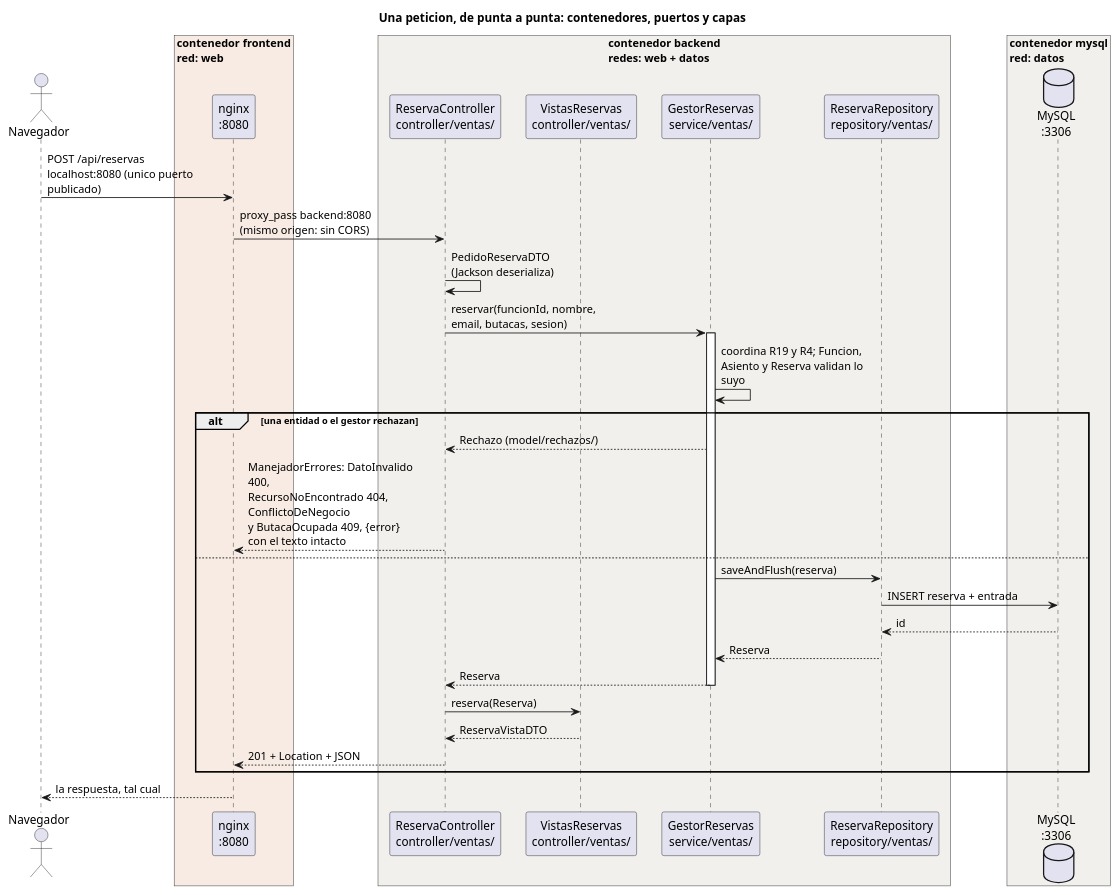
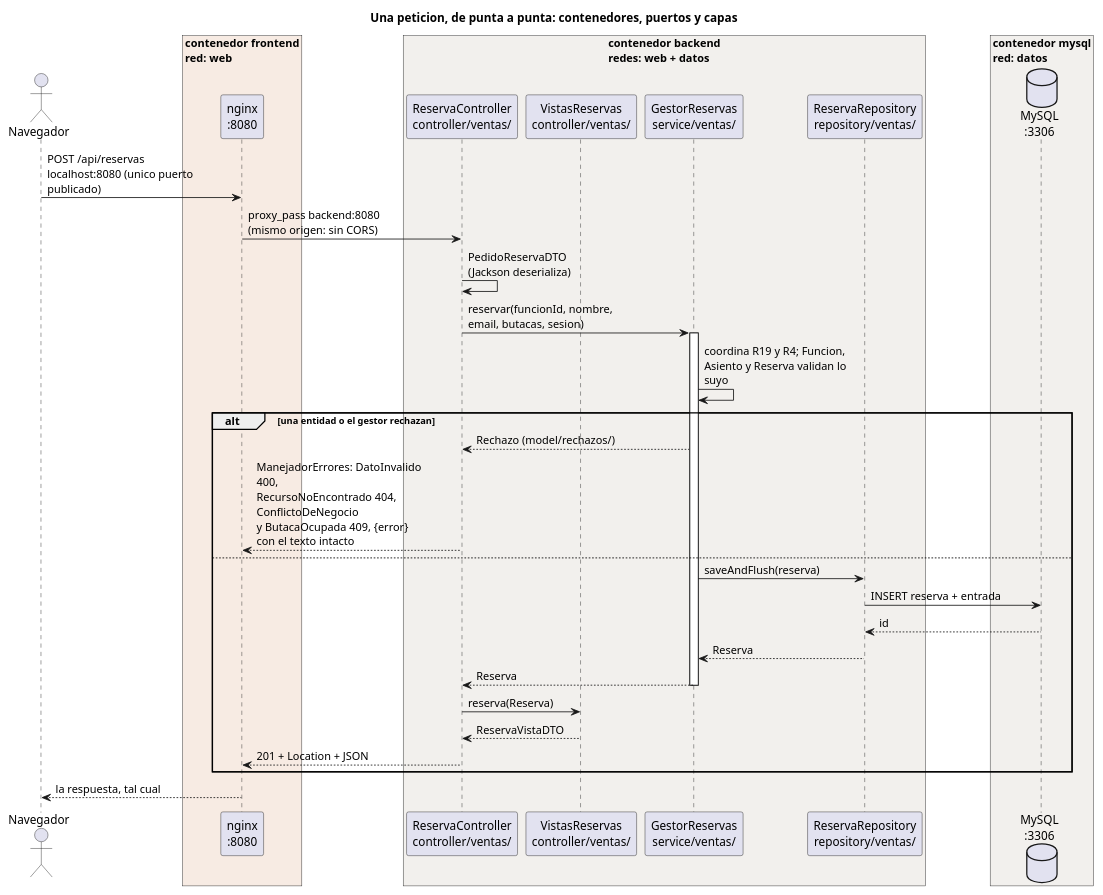
Before and after one commit to andreiveisuade/cine-uade: the diagram in _other/docs/diagramas/peticion-capas.puml, drawn with PlantUML. The commit also changed 8 other files, not shown here.

First line of the commit message:
fix(manual): las capturas se ven como imagen y los diagramas de state y observer entran al manual

```diff
--- a/_other/docs/diagramas/peticion-capas.puml
+++ b/_other/docs/diagramas/peticion-capas.puml
@@ -1,53 +1,52 @@
 @startuml peticion-capas
 title Una peticion, de punta a punta: contenedores, puertos y capas
 
 skinparam sequenceMessageAlign left
 skinparam maxMessageSize 200
-skinparam ParticipantPadding 10
 skinparam BoxPadding 12
 
 actor Navegador as N
 
 box "contenedor frontend\nred: web" #F7EBE3
   participant "nginx\n:8080" as NGINX
 end box
 
 box "contenedor backend\nredes: web + datos" #F2F0ED
   participant "ReservaController\ncontroller/ventas/" as CTRL
   participant "VistasReservas\ncontroller/ventas/" as VIS
   participant "GestorReservas\nservice/ventas/" as GEST
   participant "ReservaRepository\nrepository/ventas/" as REPO
 end box
 
 box "contenedor mysql\nred: datos" #F2F0ED
   database "MySQL\n:3306" as DB
 end box
 
 N -> NGINX : POST /api/reservas\nlocalhost:8080 (unico puerto publicado)
 
 NGINX -> CTRL : proxy_pass backend:8080\n(mismo origen: sin CORS)
 
 CTRL -> CTRL : PedidoReservaDTO\n(Jackson deserializa)
 CTRL -> GEST : reservar(funcionId, nombre,\nemail, butacas, sesion)
 activate GEST
 
 GEST -> GEST : coordina R19 y R4; Funcion,\nAsiento y Reserva validan lo suyo
 alt una entidad o el gestor rechazan
   GEST --> CTRL : Rechazo (model/rechazos/)
   CTRL --> NGINX : ManejadorErrores: DatoInvalido 400,\nRecursoNoEncontrado 404, ConflictoDeNegocio\ny ButacaOcupada 409, {error} con el texto intacto
 else
 GEST -> REPO : saveAndFlush(reserva)
 REPO -> DB : INSERT reserva + entrada
 DB --> REPO : id
 REPO --> GEST : Reserva
 GEST --> CTRL : Reserva
 deactivate GEST
 
 CTRL -> VIS : reserva(Reserva)
 VIS --> CTRL : ReservaVistaDTO
 
 CTRL --> NGINX : 201 + Location + JSON
 end
 NGINX --> N : la respuesta, tal cual
 
 @enduml
```
